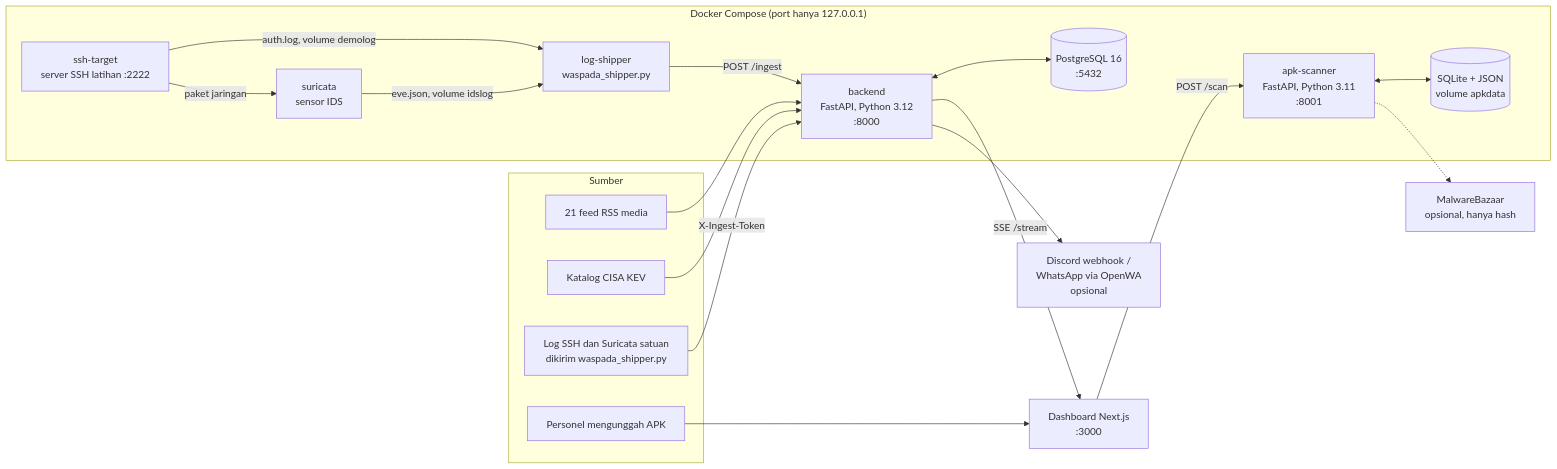
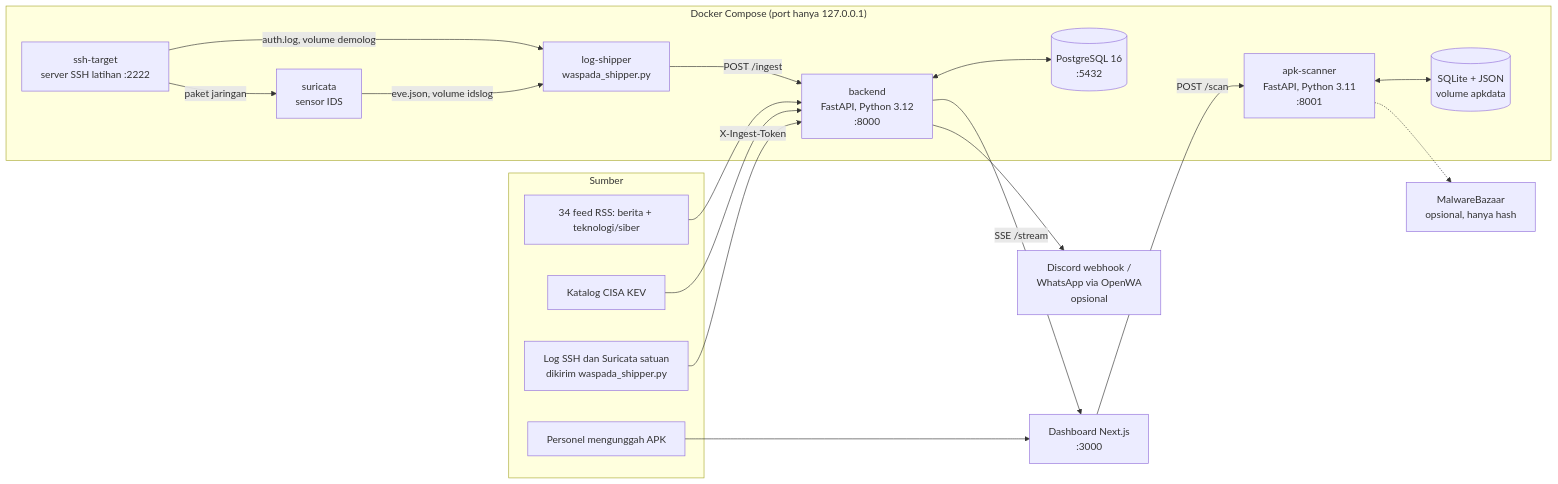
Before and after one commit to WahyuFZP/waspada: the first of 4 diagrams in ARCHITECTURE.md, drawn with Mermaid. The commit also changed other lines of this file and 6 other files, not shown here.

````diff
--- a/ARCHITECTURE.md
+++ b/ARCHITECTURE.md
@@ -7,35 +7,35 @@
 ```mermaid
 flowchart LR
   subgraph Sumber
-    RSS[21 feed RSS media]
+    RSS[34 feed RSS: berita + teknologi/siber]
     KEV[Katalog CISA KEV]
     LOG[Log SSH dan Suricata satuan<br/>dikirim waspada_shipper.py]
     USER[Personel mengunggah APK]
   end
 
   subgraph Docker["Docker Compose (port hanya 127.0.0.1)"]
     BE[backend<br/>FastAPI, Python 3.12<br/>:8000]
     DB[(PostgreSQL 16<br/>:5432)]
     SC[apk-scanner<br/>FastAPI, Python 3.11<br/>:8001]
     SQ[(SQLite + JSON<br/>volume apkdata)]
     ST[ssh-target<br/>server SSH latihan :2222]
     IDS[suricata<br/>sensor IDS]
     LS[log-shipper<br/>waspada_shipper.py]
   end
 
   FE[Dashboard Next.js<br/>:3000]
   DC[Discord webhook /<br/>WhatsApp via OpenWA<br/>opsional]
   MB[MalwareBazaar<br/>opsional, hanya hash]
 
   RSS --> BE
   KEV --> BE
   LOG -- X-Ingest-Token --> BE
   ST -- auth.log, volume demolog --> LS -- POST /ingest --> BE
   ST -- paket jaringan --> IDS -- eve.json, volume idslog --> LS
   BE <--> DB
   BE -- SSE /stream --> FE
   BE --> DC
   USER --> FE -- POST /scan --> SC
   SC <--> SQ
   SC -.-> MB
 ```
````
